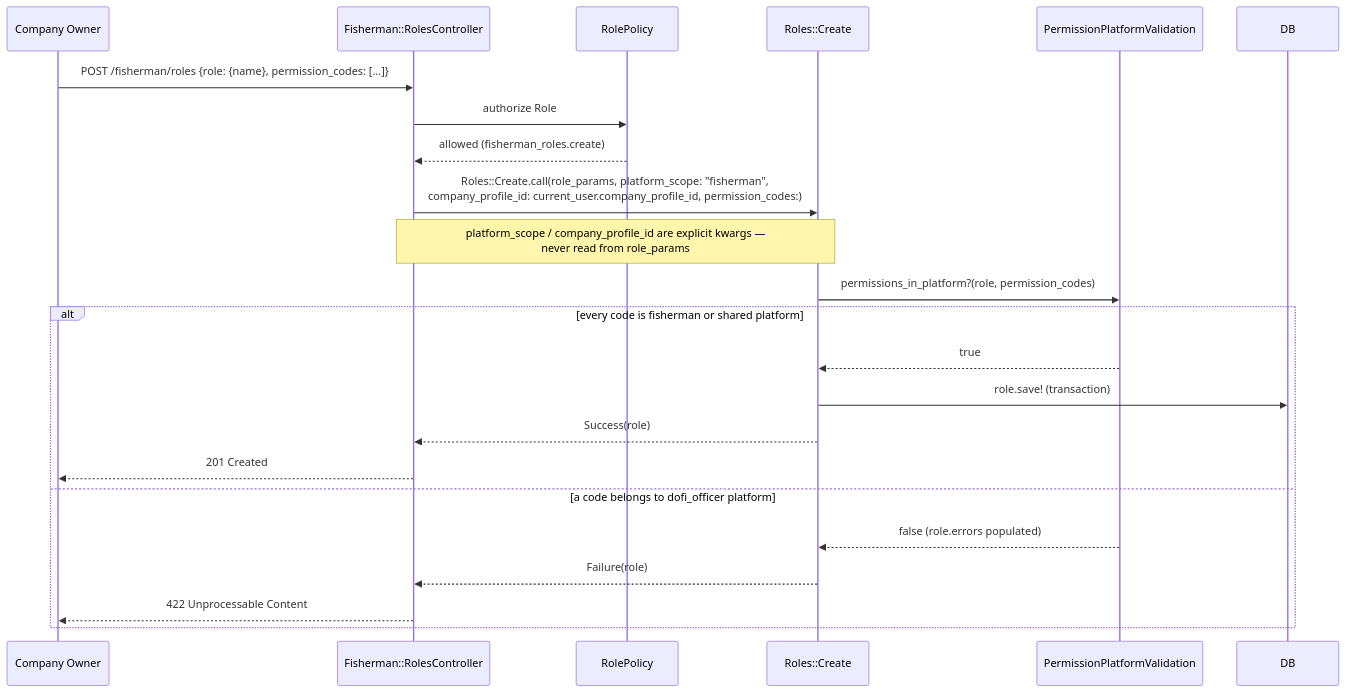
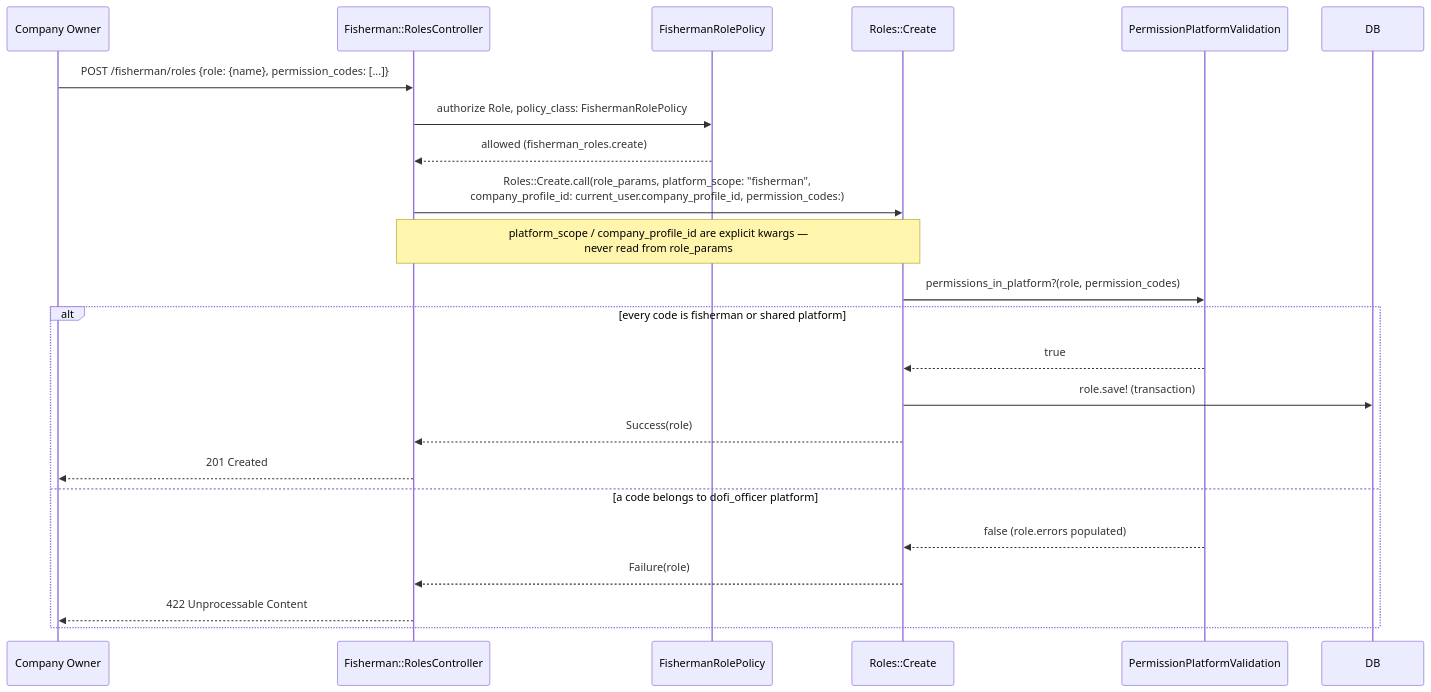
One commit to arya020595/st_dofi_backend changed the seventh of 10 diagrams in docs/rbac/platform-company-isolation.md. Above: the diagram before and after it, drawn with Mermaid. The commit also changed other lines of this file and 73 other files, not shown here.

````diff
--- a/docs/rbac/platform-company-isolation.md
+++ b/docs/rbac/platform-company-isolation.md
@@ -642,26 +651,26 @@
 ```mermaid
 sequenceDiagram
     participant Owner as Company Owner
     participant Ctrl as Fisherman::RolesController#create
-    participant Pol as RolePolicy#create?
+    participant Pol as FishermanRolePolicy#create?
     participant Svc as Roles::Create
     participant Val as PermissionPlatformValidation
     participant DB
 
     Owner->>Ctrl: POST /fisherman/roles {role: {name}, permission_codes: [...]}
-    Ctrl->>Pol: authorize Role
+    Ctrl->>Pol: authorize Role, policy_class: FishermanRolePolicy
     Pol-->>Ctrl: allowed (fisherman_roles.create)
     Ctrl->>Svc: Roles::Create.call(role_params, platform_scope: "fisherman",<br/>company_profile_id: current_user.company_profile_id, permission_codes:)
     Note over Ctrl,Svc: platform_scope / company_profile_id are explicit kwargs —<br/>never read from role_params
     Svc->>Val: permissions_in_platform?(role, permission_codes)
     alt every code is fisherman or shared platform
         Val-->>Svc: true
         Svc->>DB: role.save! (transaction)
         Svc-->>Ctrl: Success(role)
         Ctrl-->>Owner: 201 Created
     else a code belongs to dofi_officer platform
         Val-->>Svc: false (role.errors populated)
         Svc-->>Ctrl: Failure(role)
         Ctrl-->>Owner: 422 Unprocessable Content
     end
 ```
````
